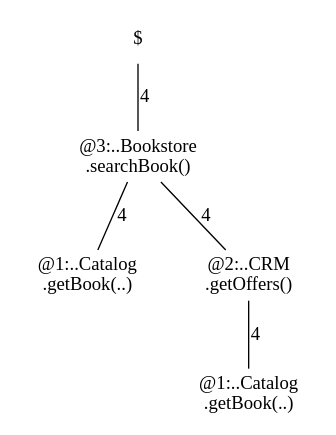
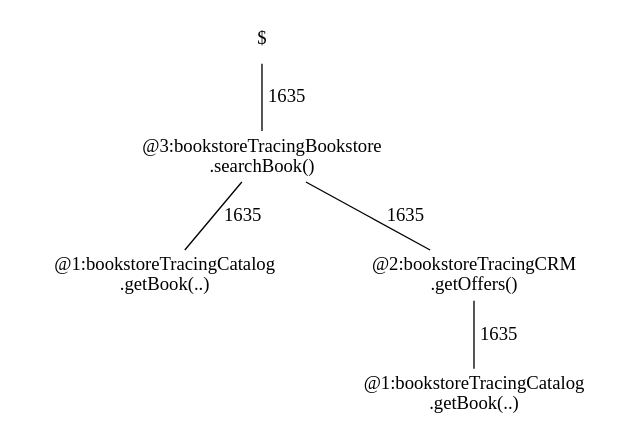
The diagram in doc/userguide/images/example-plots/aggregatedAssemblyCallTree.dot (kieker-monitoring/kieker), drawn with Graphviz before and after one commit. The commit also changed 12 other files, not shown here.

```diff
--- a/doc/userguide/images/example-plots/aggregatedAssemblyCallTree.dot
+++ b/doc/userguide/images/example-plots/aggregatedAssemblyCallTree.dot
@@ -1,16 +1,16 @@
 digraph G {
 0[label ="$",shape=none];
-1[label ="@3:..Bookstore\n.searchBook()",shape=none];
-2[label ="@1:..Catalog\n.getBook(..)",shape=none];
-3[label ="@2:..CRM\n.getOffers()",shape=none];
-4[label ="@1:..Catalog\n.getBook(..)",shape=none];
+1[label ="@3:bookstoreTracingBookstore\n.searchBook()",shape=none];
+2[label ="@1:bookstoreTracingCatalog\n.getBook(..)",shape=none];
+3[label ="@2:bookstoreTracingCRM\n.getOffers()",shape=none];
+4[label ="@1:bookstoreTracingCatalog\n.getBook(..)",shape=none];
 
-0->1[style=solid,arrowhead=none,label="4" ]
+0->1[style=solid,arrowhead=none,label="1635" ]
 
-1->2[style=solid,arrowhead=none,label="4" ]
+1->2[style=solid,arrowhead=none,label="1635" ]
 
-1->3[style=solid,arrowhead=none,label="4" ]
+1->3[style=solid,arrowhead=none,label="1635" ]
 
-3->4[style=solid,arrowhead=none,label="4" ]
+3->4[style=solid,arrowhead=none,label="1635" ]
 
 }
```
